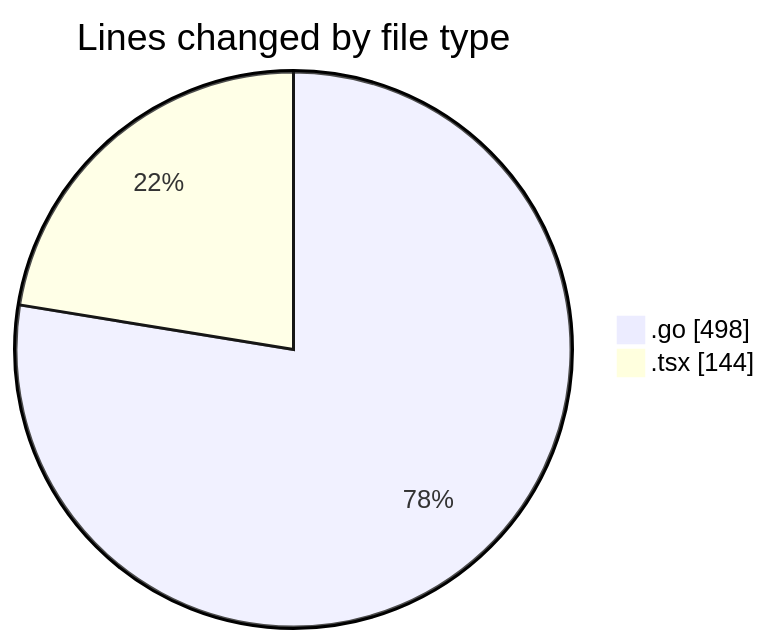
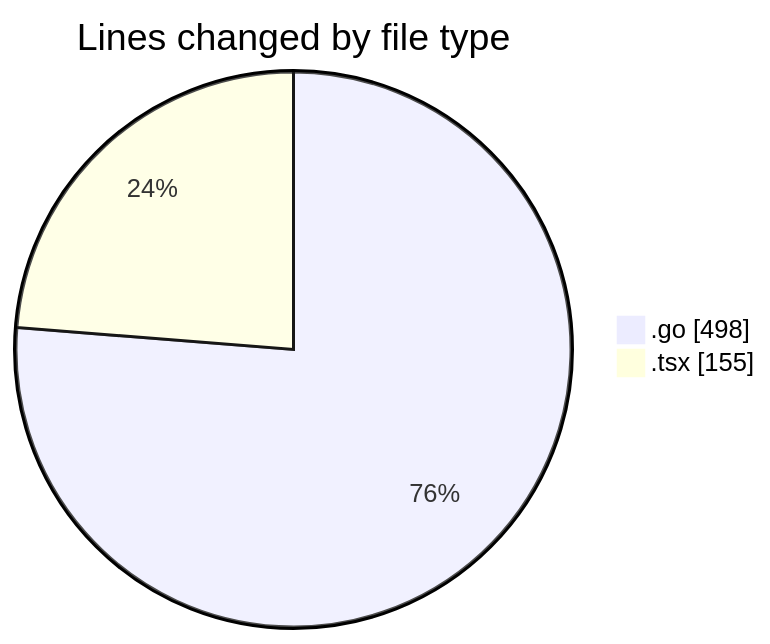
Before and after one commit to robertbonfada/code-tracking: the first of 2 diagrams in 2025-03-01/termonied_testador/README.md, drawn with Mermaid. The commit also changed other lines of this file and 1 other file, not shown here.

````diff
--- a/2025-03-01/termonied_testador/README.md
+++ b/2025-03-01/termonied_testador/README.md
@@ -26,6 +26,6 @@
 ```mermaid
 pie showData
 title Lines changed by file type
 ".go" : 498
-".tsx" : 144
+".tsx" : 155
 ```
````
